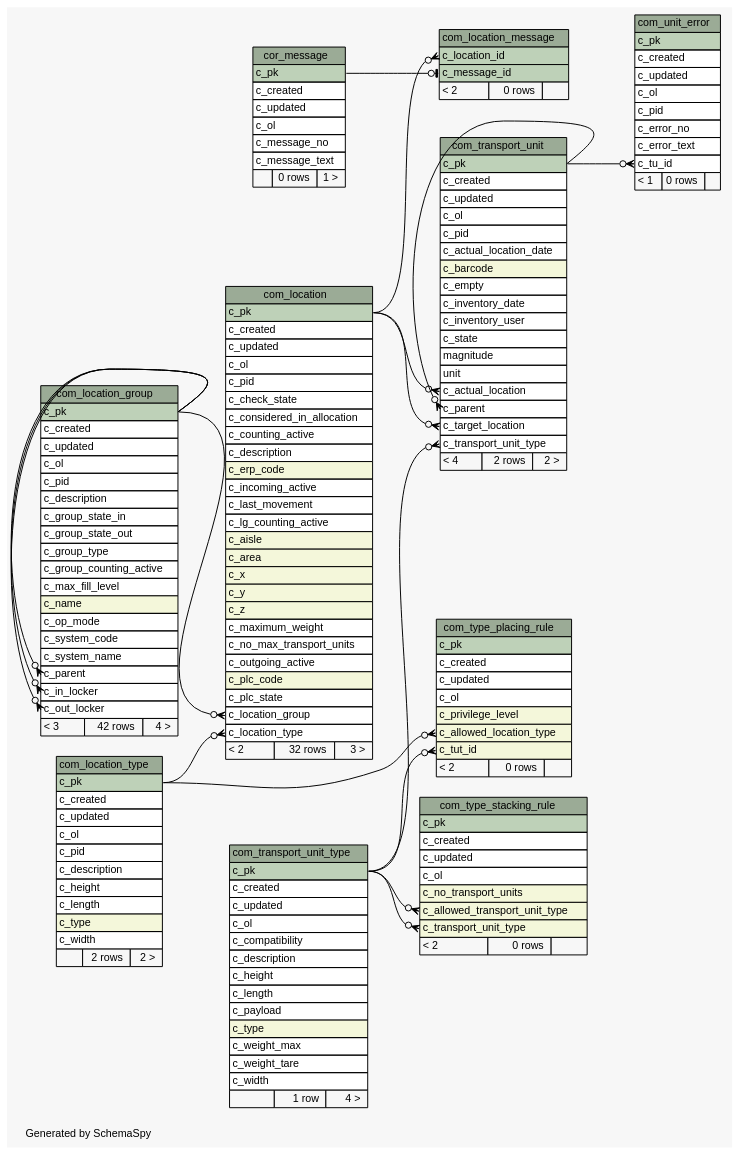
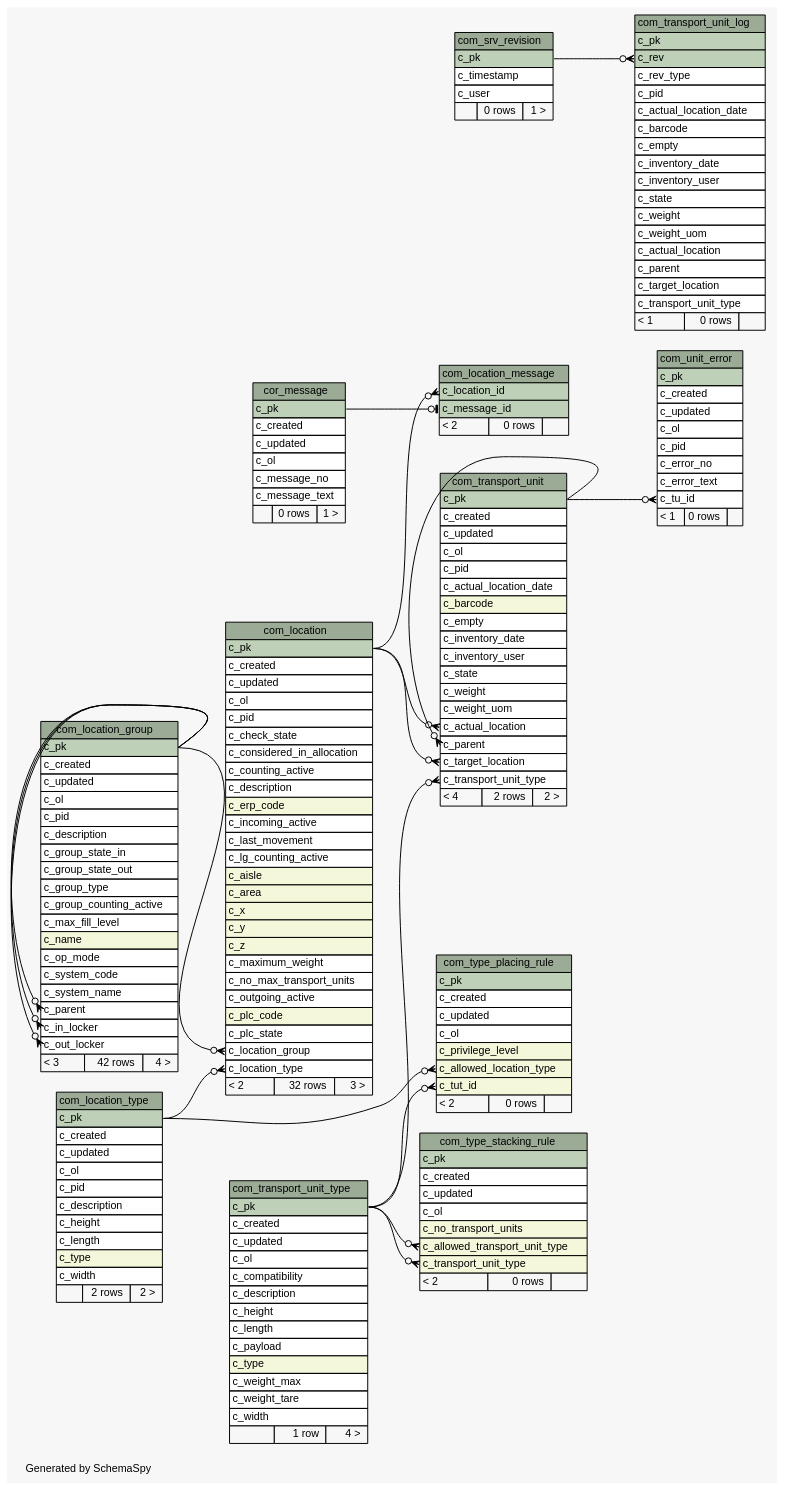
One commit to openwms/org.openwms.common.service.lib changed the diagram in schemaspy/diagrams/summary/relationships.real.large.dot. Above: the diagram before and after it, drawn with Graphviz. The commit also changed 404 other files, not shown here.

```diff
--- a/schemaspy/diagrams/summary/relationships.real.large.dot
+++ b/schemaspy/diagrams/summary/relationships.real.large.dot
@@ -110,6 +110,18 @@
     URL="tables/com_location_type.html"
     tooltip="com_location_type"
   ];
+  "com_srv_revision" [
+    label=<
+    <TABLE BORDER="0" CELLBORDER="1" CELLSPACING="0" BGCOLOR="#ffffff">
+      <TR><TD COLSPAN="3" BGCOLOR="#9bab96" ALIGN="CENTER">com_srv_revision</TD></TR>
+      <TR><TD PORT="c_pk" COLSPAN="3" BGCOLOR="#bed1b8" ALIGN="LEFT">c_pk</TD></TR>
+      <TR><TD PORT="c_timestamp" COLSPAN="3" ALIGN="LEFT">c_timestamp</TD></TR>
+      <TR><TD PORT="c_user" COLSPAN="3" ALIGN="LEFT">c_user</TD></TR>
+      <TR><TD ALIGN="LEFT" BGCOLOR="#f7f7f7">  </TD><TD ALIGN="RIGHT" BGCOLOR="#f7f7f7">0 rows</TD><TD ALIGN="RIGHT" BGCOLOR="#f7f7f7">1 &gt;</TD></TR>
+    </TABLE>>
+    URL="tables/com_srv_revision.html"
+    tooltip="com_srv_revision"
+  ];
   "com_transport_unit" [
     label=<
     <TABLE BORDER="0" CELLBORDER="1" CELLSPACING="0" BGCOLOR="#ffffff">
@@ -125,8 +137,8 @@
       <TR><TD PORT="c_inventory_date" COLSPAN="3" ALIGN="LEFT">c_inventory_date</TD></TR>
       <TR><TD PORT="c_inventory_user" COLSPAN="3" ALIGN="LEFT">c_inventory_user</TD></TR>
       <TR><TD PORT="c_state" COLSPAN="3" ALIGN="LEFT">c_state</TD></TR>
-      <TR><TD PORT="magnitude" COLSPAN="3" ALIGN="LEFT">magnitude</TD></TR>
-      <TR><TD PORT="unit" COLSPAN="3" ALIGN="LEFT">unit</TD></TR>
+      <TR><TD PORT="c_weight" COLSPAN="3" ALIGN="LEFT">c_weight</TD></TR>
+      <TR><TD PORT="c_weight_uom" COLSPAN="3" ALIGN="LEFT">c_weight_uom</TD></TR>
       <TR><TD PORT="c_actual_location" COLSPAN="3" ALIGN="LEFT">c_actual_location</TD></TR>
       <TR><TD PORT="c_parent" COLSPAN="3" ALIGN="LEFT">c_parent</TD></TR>
       <TR><TD PORT="c_target_location" COLSPAN="3" ALIGN="LEFT">c_target_location</TD></TR>
@@ -135,6 +147,31 @@
     </TABLE>>
     URL="tables/com_transport_unit.html"
     tooltip="com_transport_unit"
+  ];
+  "com_transport_unit_log" [
+    label=<
+    <TABLE BORDER="0" CELLBORDER="1" CELLSPACING="0" BGCOLOR="#ffffff">
+      <TR><TD COLSPAN="3" BGCOLOR="#9bab96" ALIGN="CENTER">com_transport_unit_log</TD></TR>
+      <TR><TD PORT="c_pk" COLSPAN="3" BGCOLOR="#bed1b8" ALIGN="LEFT">c_pk</TD></TR>
+      <TR><TD PORT="c_rev" COLSPAN="3" BGCOLOR="#bed1b8" ALIGN="LEFT">c_rev</TD></TR>
+      <TR><TD PORT="c_rev_type" COLSPAN="3" ALIGN="LEFT">c_rev_type</TD></TR>
+      <TR><TD PORT="c_pid" COLSPAN="3" ALIGN="LEFT">c_pid</TD></TR>
+      <TR><TD PORT="c_actual_location_date" COLSPAN="3" ALIGN="LEFT">c_actual_location_date</TD></TR>
+      <TR><TD PORT="c_barcode" COLSPAN="3" ALIGN="LEFT">c_barcode</TD></TR>
+      <TR><TD PORT="c_empty" COLSPAN="3" ALIGN="LEFT">c_empty</TD></TR>
+      <TR><TD PORT="c_inventory_date" COLSPAN="3" ALIGN="LEFT">c_inventory_date</TD></TR>
+      <TR><TD PORT="c_inventory_user" COLSPAN="3" ALIGN="LEFT">c_inventory_user</TD></TR>
+      <TR><TD PORT="c_state" COLSPAN="3" ALIGN="LEFT">c_state</TD></TR>
+      <TR><TD PORT="c_weight" COLSPAN="3" ALIGN="LEFT">c_weight</TD></TR>
+      <TR><TD PORT="c_weight_uom" COLSPAN="3" ALIGN="LEFT">c_weight_uom</TD></TR>
+      <TR><TD PORT="c_actual_location" COLSPAN="3" ALIGN="LEFT">c_actual_location</TD></TR>
+      <TR><TD PORT="c_parent" COLSPAN="3" ALIGN="LEFT">c_parent</TD></TR>
+      <TR><TD PORT="c_target_location" COLSPAN="3" ALIGN="LEFT">c_target_location</TD></TR>
+      <TR><TD PORT="c_transport_unit_type" COLSPAN="3" ALIGN="LEFT">c_transport_unit_type</TD></TR>
+      <TR><TD ALIGN="LEFT" BGCOLOR="#f7f7f7">&lt; 1</TD><TD ALIGN="RIGHT" BGCOLOR="#f7f7f7">0 rows</TD><TD ALIGN="RIGHT" BGCOLOR="#f7f7f7">  </TD></TR>
+    </TABLE>>
+    URL="tables/com_transport_unit_log.html"
+    tooltip="com_transport_unit_log"
   ];
   "com_transport_unit_type" [
     label=<
@@ -233,6 +270,7 @@
   "com_transport_unit":"c_parent":w -> "com_transport_unit":"c_pk":e [arrowhead=none dir=back arrowtail=crowodot];
   "com_transport_unit":"c_target_location":w -> "com_location":"c_pk":e [arrowhead=none dir=back arrowtail=crowodot];
   "com_transport_unit":"c_transport_unit_type":w -> "com_transport_unit_type":"c_pk":e [arrowhead=none dir=back arrowtail=crowodot];
+  "com_transport_unit_log":"c_rev":w -> "com_srv_revision":"c_pk":e [arrowhead=none dir=back arrowtail=crowodot];
   "com_type_placing_rule":"c_allowed_location_type":w -> "com_location_type":"c_pk":e [arrowhead=none dir=back arrowtail=crowodot];
   "com_type_placing_rule":"c_tut_id":w -> "com_transport_unit_type":"c_pk":e [arrowhead=none dir=back arrowtail=crowodot];
   "com_type_stacking_rule":"c_allowed_transport_unit_type":w -> "com_transport_unit_type":"c_pk":e [arrowhead=none dir=back arrowtail=crowodot];
```
